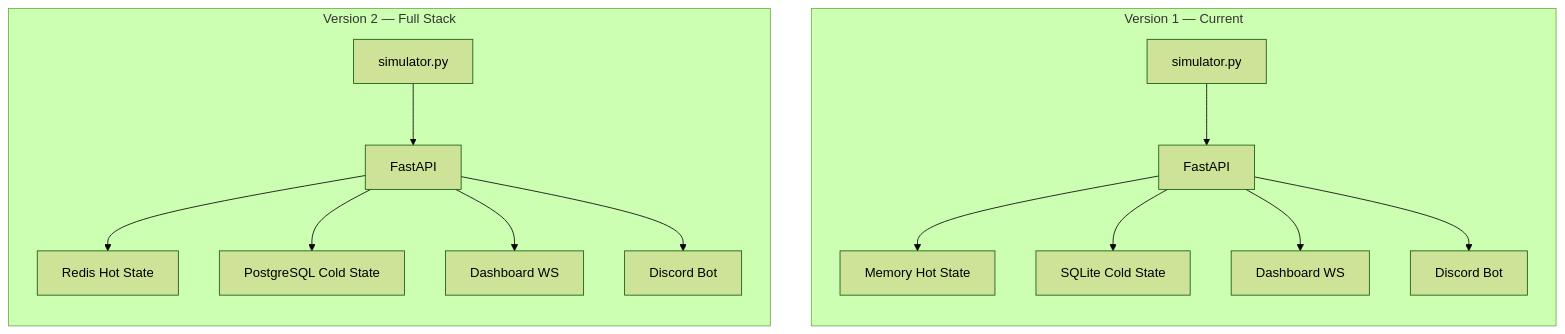
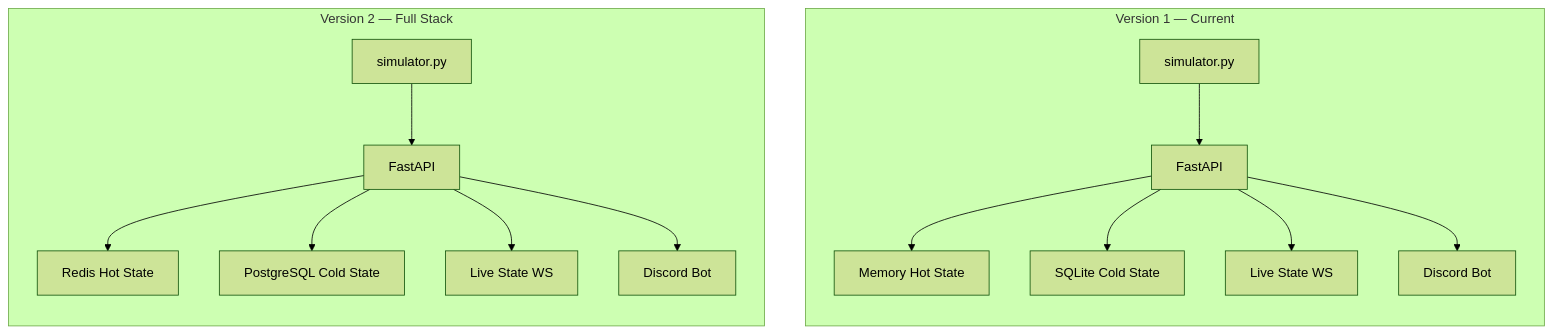
Before and after one commit to naeemsadik/IUT_Techathon_Preli: the seventh of 8 diagrams in doc/HIGH_LEVEL_DIAGRAMS.md, drawn with Mermaid (forest theme). The commit also changed other lines of this file and 33 other files, not shown here.

````diff
--- a/doc/HIGH_LEVEL_DIAGRAMS.md
+++ b/doc/HIGH_LEVEL_DIAGRAMS.md
@@ -279,20 +279,20 @@
 ```mermaid
 flowchart TB
     subgraph v1 [Version 1 — Current]
         direction TB
         S1[simulator.py] --> B1[FastAPI]
         B1 --> M1[Memory Hot State]
         B1 --> Q1[SQLite Cold State]
-        B1 --> D1[Dashboard WS]
+        B1 --> D1[Live State WS]
         B1 --> Bot1[Discord Bot]
     end
 
     subgraph v2 [Version 2 — Full Stack]
         direction TB
         S2[simulator.py] --> B2[FastAPI]
         B2 --> R2[Redis Hot State]
         B2 --> P2[PostgreSQL Cold State]
-        B2 --> D2[Dashboard WS]
+        B2 --> D2[Live State WS]
         B2 --> Bot2[Discord Bot]
     end
 ```
````
